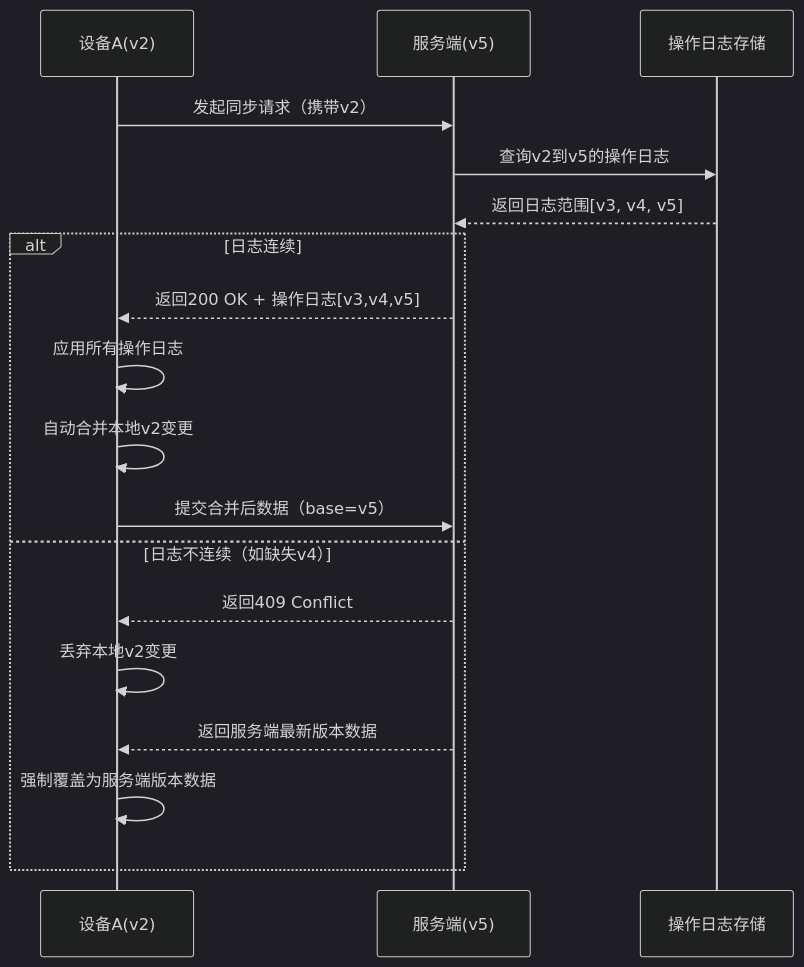
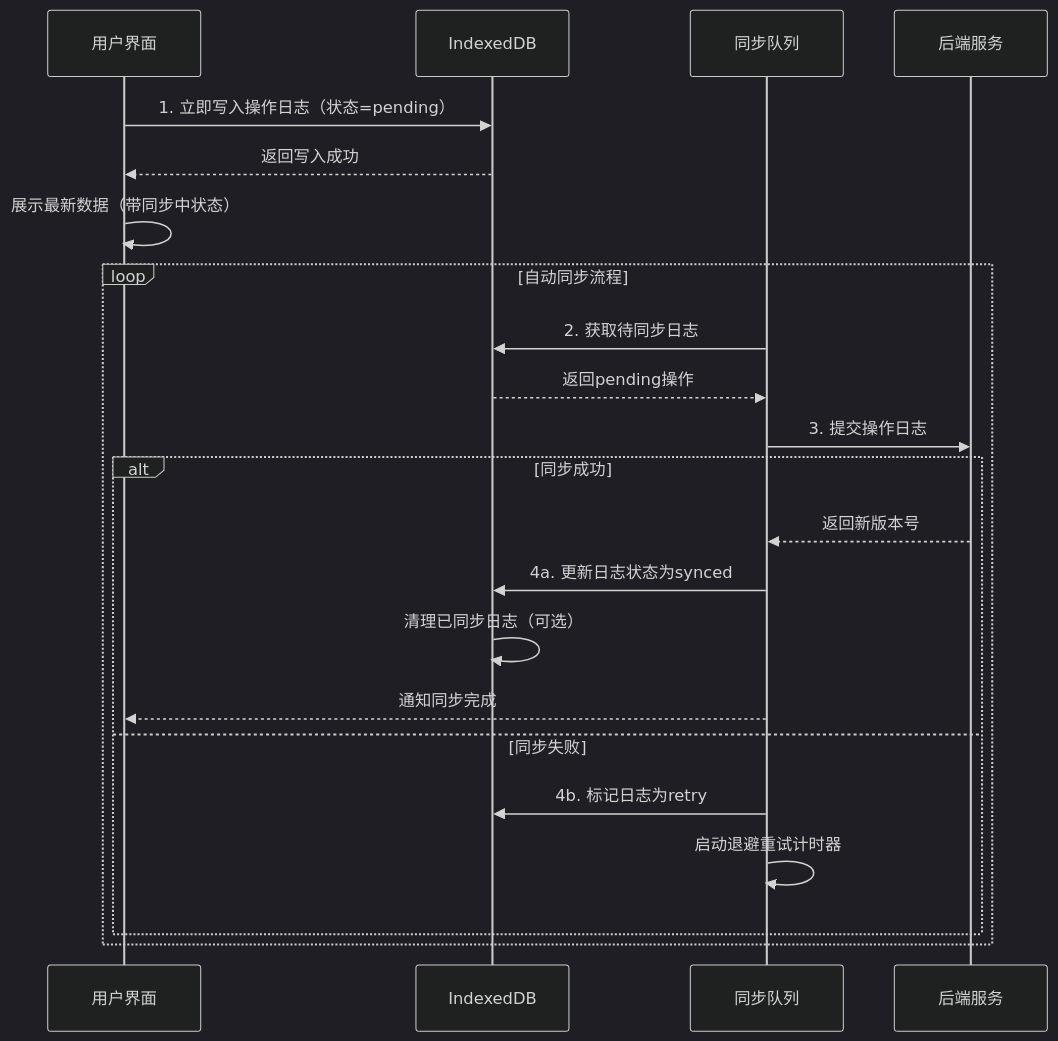
Before and after one commit to yingjianzh/iodraw-files: the diagram in all/未命名-24.md, drawn with Mermaid (dark theme).

Commit message:
2025-02-24 11:09:35 update

````diff
--- a/all/未命名-24.md
+++ b/all/未命名-24.md
@@ -1,24 +1,26 @@
 ```mermaid
+sequenceDiagram
+    participant UI as 用户界面
+    participant Local as IndexedDB
+    participant Sync as 同步队列
+    participant Server as 后端服务
 
-sequenceDiagram
-    participant A as 设备A(v2)
-    participant S as 服务端(v5)
-    participant DB as 操作日志存储
+    UI->>Local: 1. 立即写入操作日志（状态=pending）
+    Local-->>UI: 返回写入成功
+    UI->>UI: 展示最新数据（带同步中状态）
 
-
-    A->>S: 发起同步请求（携带v2）
-    S->>DB: 查询v2到v5的操作日志
-    DB-->>S: 返回日志范围[v3, v4, v5]
-    
-    alt 日志连续
-        S-->>A: 返回200 OK + 操作日志[v3,v4,v5]
-        A->>A: 应用所有操作日志
-        A->>A: 自动合并本地v2变更
-        A->>S: 提交合并后数据（base=v5）
-    else 日志不连续（如缺失v4）
-        S-->>A: 返回409 Conflict
-        A->>A: 丢弃本地v2变更
-        S-->>A: 返回服务端最新版本数据
-        A->>A: 强制覆盖为服务端版本数据
+    loop 自动同步流程
+        Sync->>Local: 2. 获取待同步日志
+        Local-->>Sync: 返回pending操作
+        Sync->>Server: 3. 提交操作日志
+        alt 同步成功
+            Server-->>Sync: 返回新版本号
+            Sync->>Local: 4a. 更新日志状态为synced
+            Local->>Local: 清理已同步日志（可选）
+            Sync-->>UI: 通知同步完成
+        else 同步失败
+            Sync->>Local: 4b. 标记日志为retry
+            Sync->>Sync: 启动退避重试计时器
+        end
     end
 ```
````
